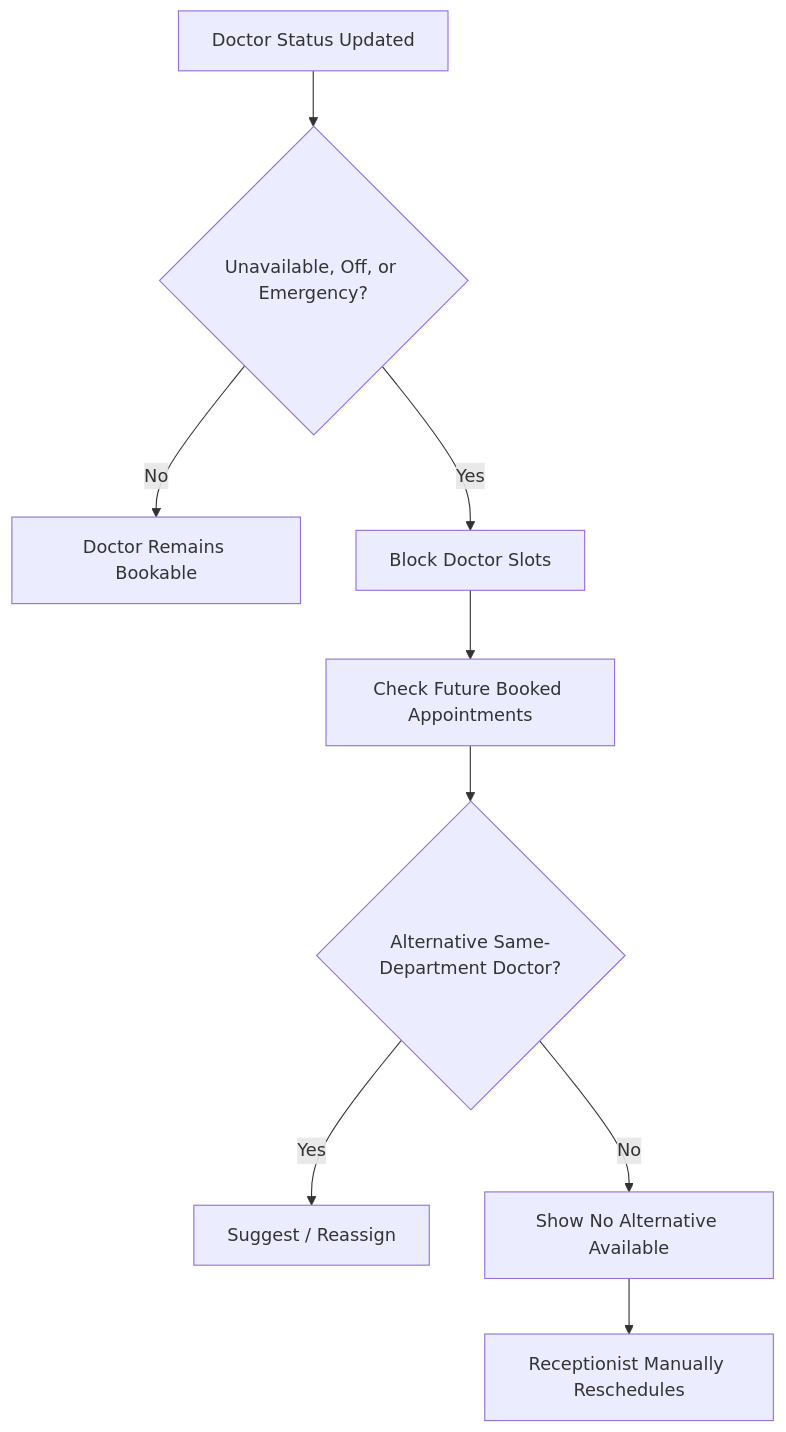
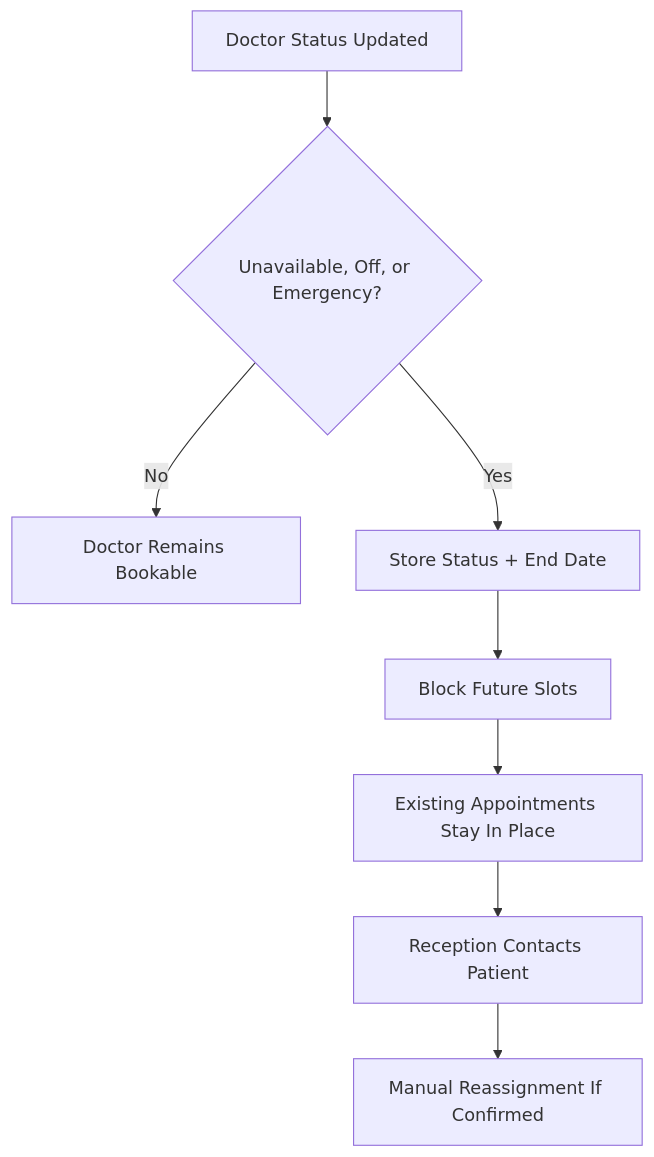
Before and after one commit to shaahir27/HealthDesk: the seventh of 7 diagrams in SYSTEM_FLOW.md, drawn with Mermaid. The commit also changed other lines of this file and 19 other files, not shown here.

````diff
--- a/SYSTEM_FLOW.md
+++ b/SYSTEM_FLOW.md
@@ -378,11 +567,10 @@
 ```mermaid
 flowchart TD
     A[Doctor Status Updated] --> B{Unavailable, Off, or Emergency?}
     B -->|No| C[Doctor Remains Bookable]
-    B -->|Yes| D[Block Doctor Slots]
-    D --> E[Check Future Booked Appointments]
-    E --> F{Alternative Same-Department Doctor?}
-    F -->|Yes| G[Suggest / Reassign]
-    F -->|No| H[Show No Alternative Available]
-    H --> I[Receptionist Manually Reschedules]
+    B -->|Yes| D[Store Status + End Date]
+    D --> E[Block Future Slots]
+    E --> F[Existing Appointments Stay In Place]
+    F --> G[Reception Contacts Patient]
+    G --> H[Manual Reassignment If Confirmed]
 ```
````
